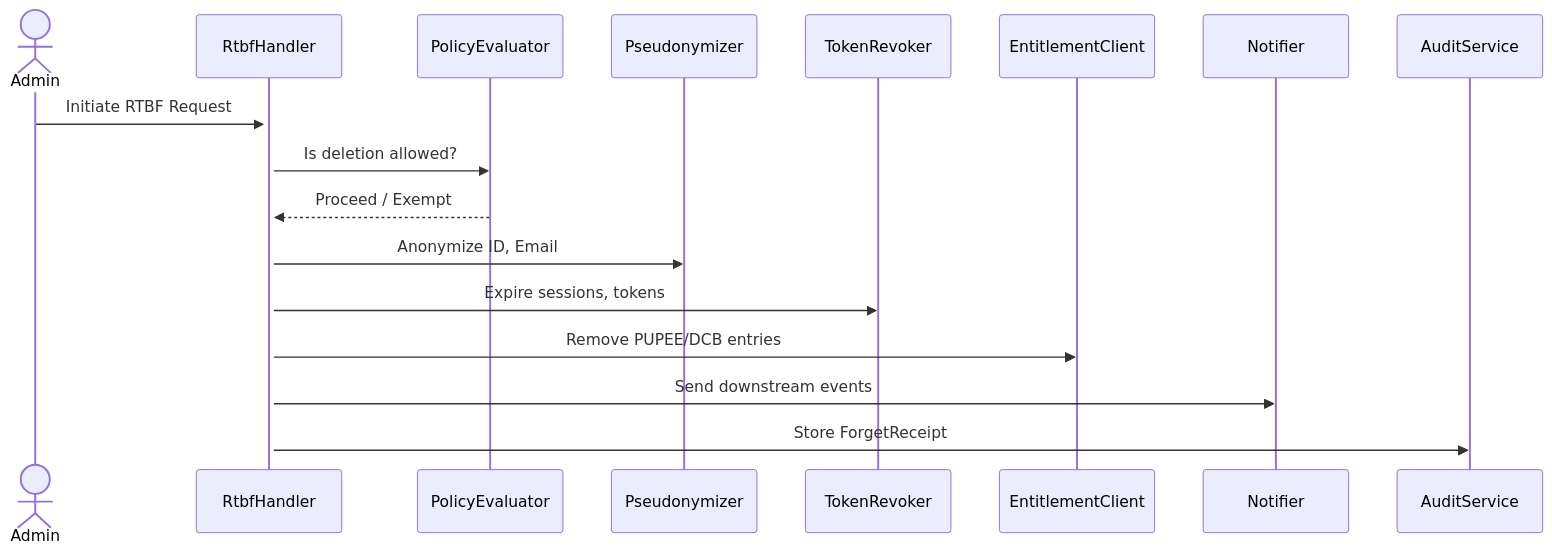
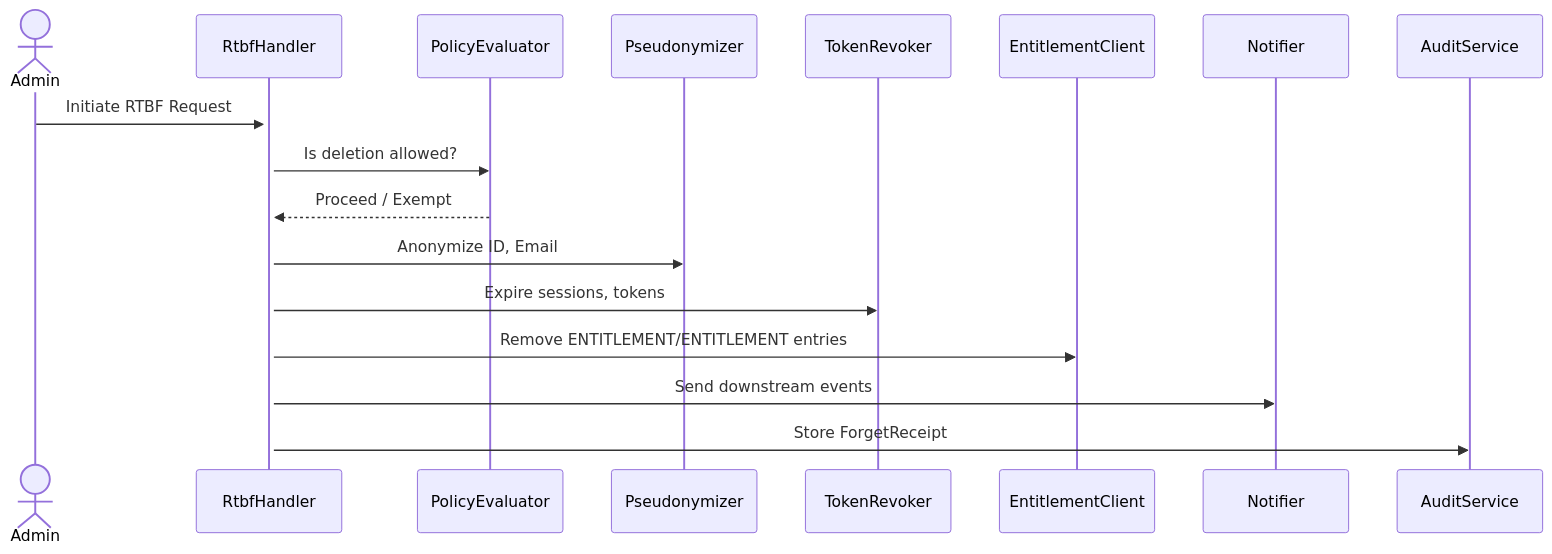
The second of 3 diagrams in Design/designs/RTFB.md (ahmedHanie93/Personal-projects), drawn with Mermaid before and after one commit. The commit also changed other lines of this file and 2 other files, not shown here.

````diff
--- a/Design/designs/RTFB.md
+++ b/Design/designs/RTFB.md
@@ -76,12 +76,12 @@
 ```mermaid
 sequenceDiagram
     actor Admin
     Admin ->>+ RtbfHandler: Initiate RTBF Request
     RtbfHandler ->> PolicyEvaluator: Is deletion allowed?
     PolicyEvaluator -->> RtbfHandler: Proceed / Exempt
     RtbfHandler ->> Pseudonymizer: Anonymize ID, Email
     RtbfHandler ->> TokenRevoker: Expire sessions, tokens
-    RtbfHandler ->> EntitlementClient: Remove PUPEE/DCB entries
+    RtbfHandler ->> EntitlementClient: Remove ENTITLEMENT/ENTITLEMENT entries
     RtbfHandler ->> Notifier: Send downstream events
     RtbfHandler ->> AuditService: Store ForgetReceipt
 ```
````
